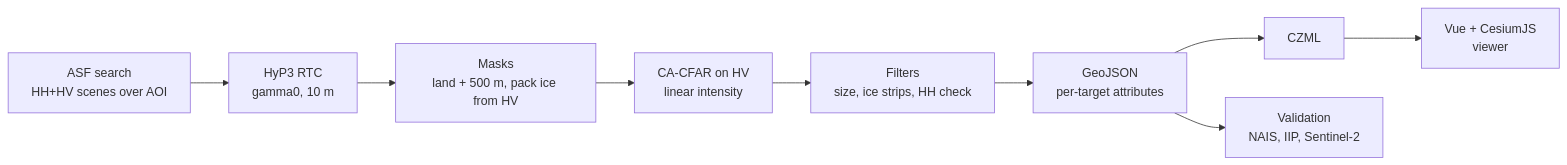
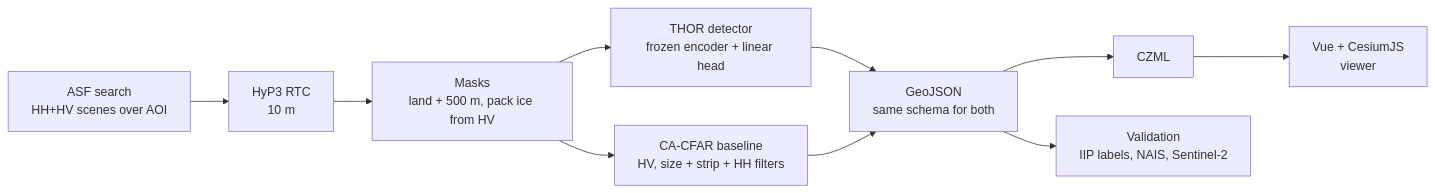
One commit to natali-kovalski/iceberg-alley-sar changed the diagram in README.md. Above: the diagram before and after it, drawn with Mermaid. The commit also changed other lines of this file and 10 other files, not shown here.

````diff
--- a/README.md
+++ b/README.md
@@ -44,10 +59,11 @@
 ```mermaid
 flowchart LR
-    A[ASF search<br/>HH+HV scenes over AOI] --> B[HyP3 RTC<br/>gamma0, 10 m]
+    A[ASF search<br/>HH+HV scenes over AOI] --> B[HyP3 RTC<br/>10 m]
     B --> C[Masks<br/>land + 500 m, pack ice from HV]
-    C --> D[CA-CFAR on HV<br/>linear intensity]
-    D --> E[Filters<br/>size, ice strips, HH check]
-    E --> F[GeoJSON<br/>per-target attributes]
+    C --> T[THOR detector<br/>frozen encoder + linear head]
+    C --> D[CA-CFAR baseline<br/>HV, size + strip + HH filters]
+    T --> F[GeoJSON<br/>same schema for both]
+    D --> F
     F --> G[CZML] --> H[Vue + CesiumJS<br/>viewer]
-    F --> V[Validation<br/>NAIS, IIP, Sentinel-2]
+    F --> V[Validation<br/>IIP labels, NAIS, Sentinel-2]
 ```
````
